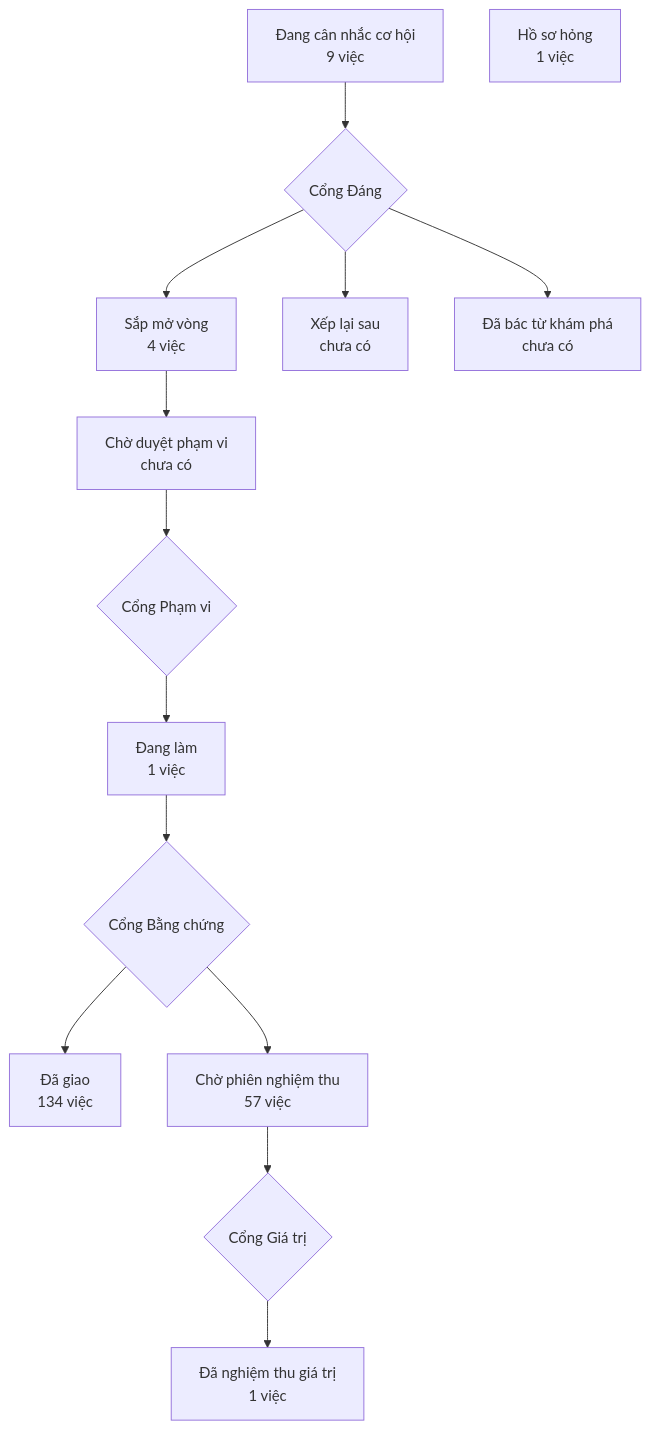
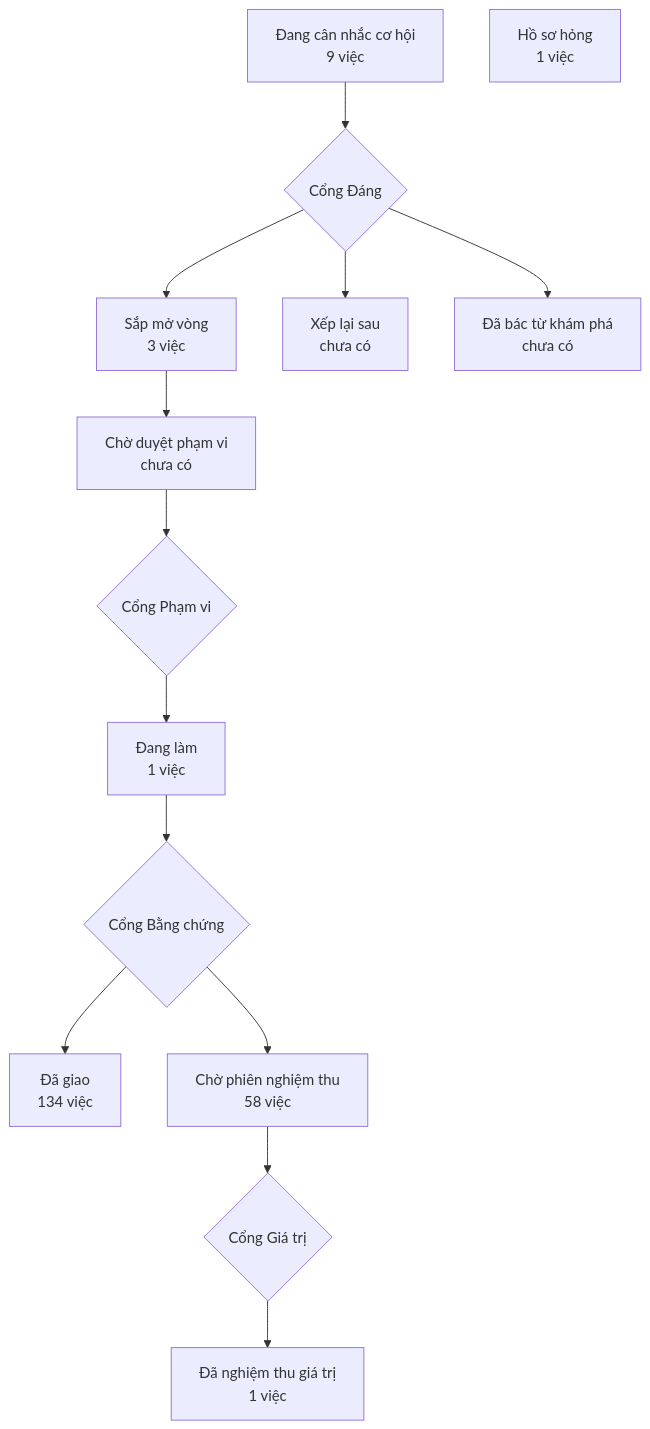
Before and after one commit to phanlemanh/crm-onehub: the diagram in PRODUCT-MAP.md, drawn with Mermaid. The commit also changed other lines of this file and 1 other file, not shown here.

Commit message:
chore: vẽ lại bản đồ sản phẩm từ bản sạch

````diff
--- a/PRODUCT-MAP.md
+++ b/PRODUCT-MAP.md
@@ -7,13 +7,13 @@
 ```mermaid
 flowchart TD
   A["Đang cân nhắc cơ hội<br/>9 việc"] --> GD{"Cổng Đáng"}
-  GD --> B["Sắp mở vòng<br/>4 việc"]
+  GD --> B["Sắp mở vòng<br/>3 việc"]
   GD --> XL["Xếp lại sau<br/>chưa có"]
   GD --> DB["Đã bác từ khám phá<br/>chưa có"]
   B --> CD["Chờ duyệt phạm vi<br/>chưa có"] --> GP{"Cổng Phạm vi"}
   GP --> DL["Đang làm<br/>1 việc"] --> GB{"Cổng Bằng chứng"}
   GB --> DG["Đã giao<br/>134 việc"]
-  GB --> CN["Chờ phiên nghiệm thu<br/>57 việc"] --> GG{"Cổng Giá trị"}
+  GB --> CN["Chờ phiên nghiệm thu<br/>58 việc"] --> GG{"Cổng Giá trị"}
   GG --> NT["Đã nghiệm thu giá trị<br/>1 việc"]
   HS["Hồ sơ hỏng<br/>1 việc"]
 ```
````
